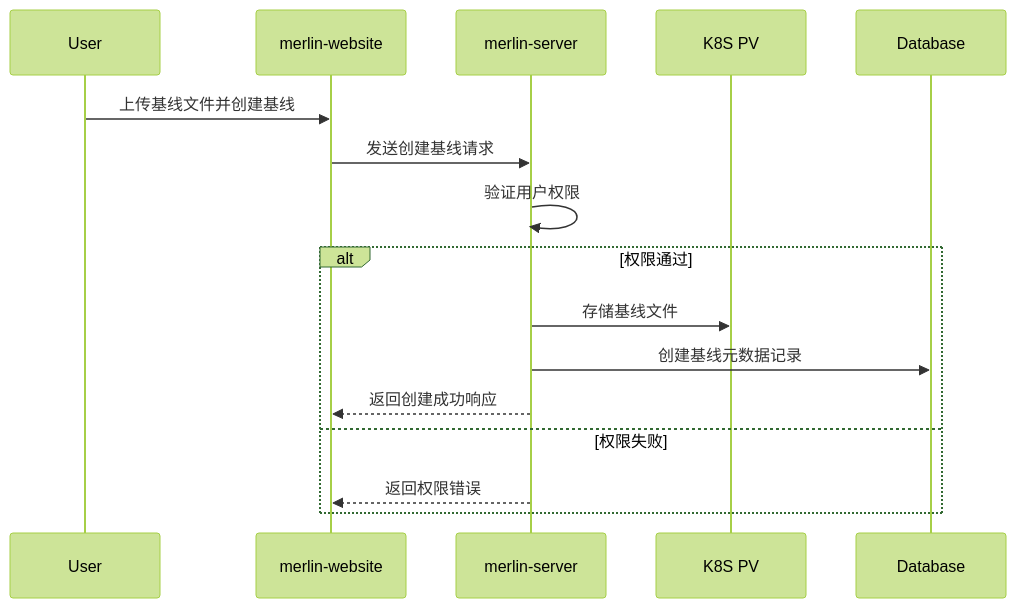
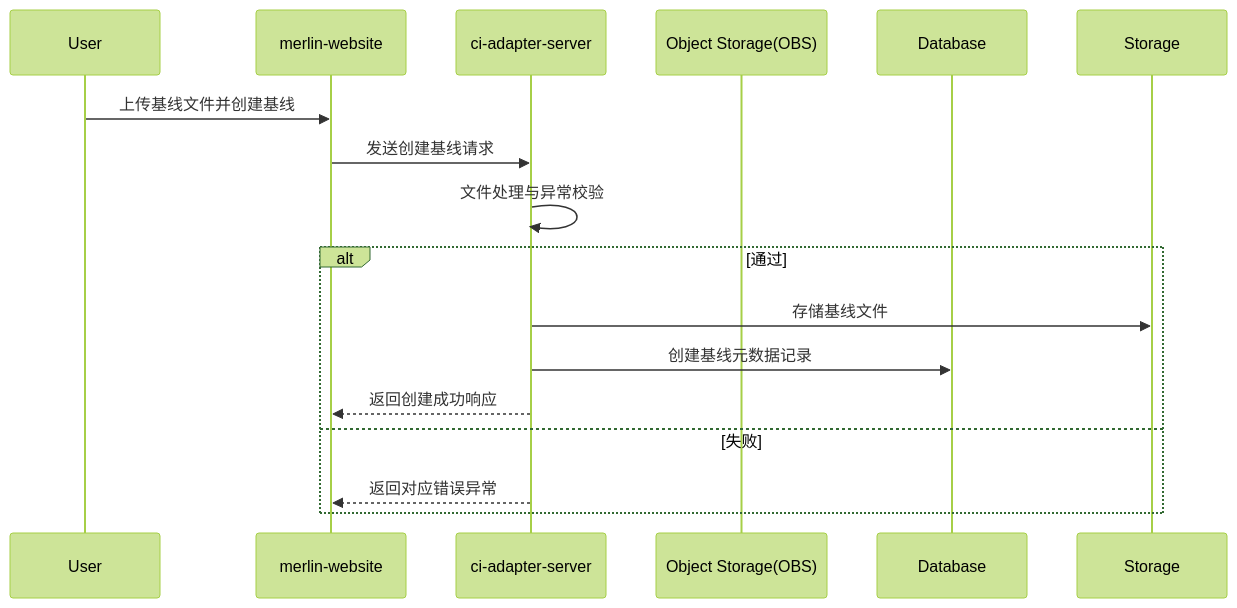
The sixth of 17 diagrams in 模型精度性能测试自动化.md (pillumina/design-proposal), drawn with Mermaid (forest theme) before and after one commit. The commit also changed other lines of this file, not shown here.

````diff
--- a/模型精度性能测试自动化.md
+++ b/模型精度性能测试自动化.md
@@ -720,19 +987,19 @@
 ```mermaid
 sequenceDiagram
     participant User
     participant Frontend as merlin-website
-    participant Server as merlin-server
-    participant Storage as K8S PV
+    participant Server as ci-adapter-server
+    participant Object Storage(OBS)
     participant DB as Database
 
     User ->> Frontend: 上传基线文件并创建基线
     Frontend ->> Server: 发送创建基线请求
-    Server ->> Server: 验证用户权限
-    alt 权限通过
+    Server ->> Server: 文件处理与异常校验
+    alt 通过
         Server ->> Storage: 存储基线文件
         Server ->> DB: 创建基线元数据记录
         Server -->> Frontend: 返回创建成功响应
-    else 权限失败
-        Server -->> Frontend: 返回权限错误
+    else 失败
+        Server -->> Frontend: 返回对应错误异常
     end
 ```
````
